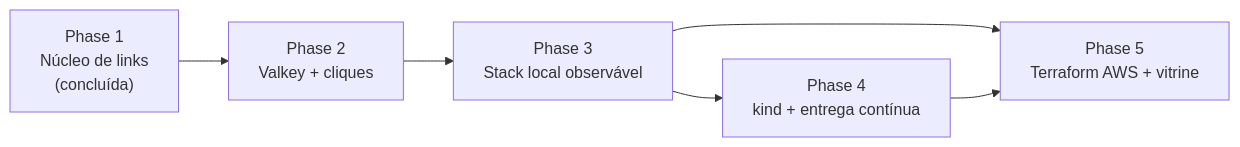
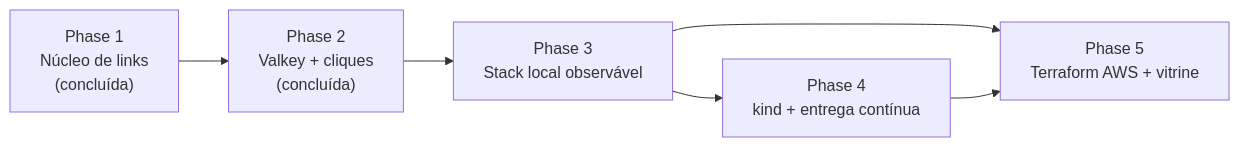
One commit to Lucasllo/link-pulse changed the diagram in estudos/10-proximas-fases.md. Above: the diagram before and after it, drawn with Mermaid. The commit also changed other lines of this file and 9 other files, not shown here.

````diff
--- a/estudos/10-proximas-fases.md
+++ b/estudos/10-proximas-fases.md
@@ -15,8 +17,8 @@
 ```mermaid
 flowchart LR
-    P1["Phase 1<br/>Núcleo de links<br/>(concluída)"] --> P2["Phase 2<br/>Valkey + cliques"]
+    P1["Phase 1<br/>Núcleo de links<br/>(concluída)"] --> P2["Phase 2<br/>Valkey + cliques<br/>(concluída)"]
     P2 --> P3["Phase 3<br/>Stack local observável"]
     P3 --> P4["Phase 4<br/>kind + entrega contínua"]
     P3 --> P5["Phase 5<br/>Terraform AWS + vitrine"]
     P4 --> P5
 ```
````
